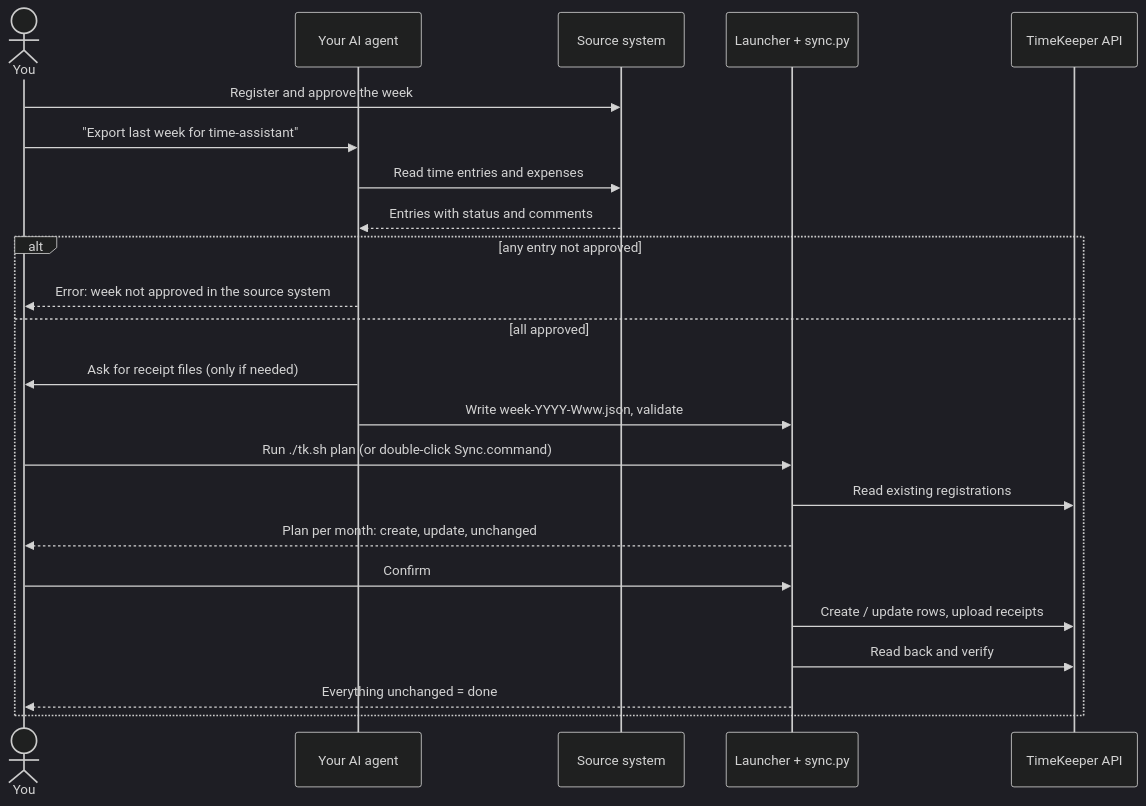
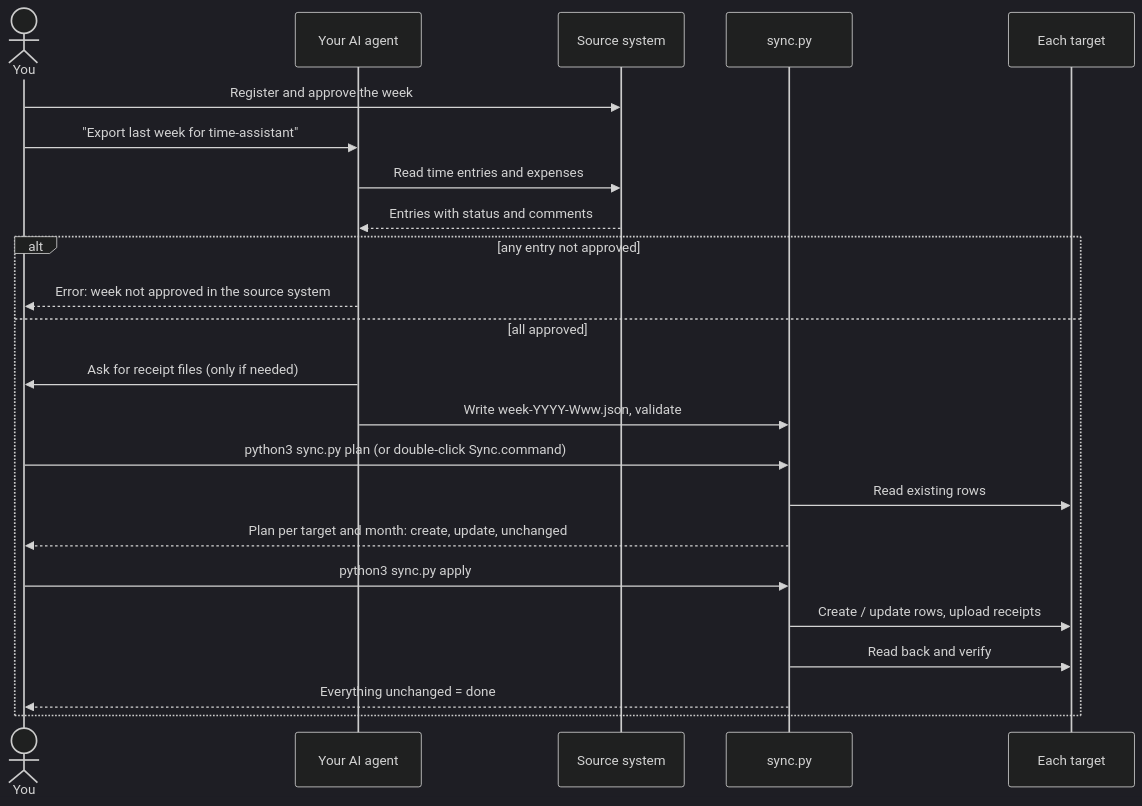
The second of 2 diagrams in README.md (ku11endorff/time-assistant), drawn with Mermaid (dark theme) before and after one commit. The commit also changed other lines of this file and 16 other files, not shown here.

````diff
--- a/README.md
+++ b/README.md
@@ -93,26 +56,26 @@
 ```mermaid
 sequenceDiagram
     actor You
     participant Agent as Your AI agent
     participant Src as Source system
-    participant Local as Launcher + sync.py
-    participant TK as TimeKeeper API
+    participant Local as sync.py
+    participant T as Each target
 
     You->>Src: Register and approve the week
     You->>Agent: "Export last week for time-assistant"
     Agent->>Src: Read time entries and expenses
     Src-->>Agent: Entries with status and comments
     alt any entry not approved
         Agent-->>You: Error: week not approved in the source system
     else all approved
         Agent->>You: Ask for receipt files (only if needed)
         Agent->>Local: Write week-YYYY-Www.json, validate
-        You->>Local: Run ./tk.sh plan (or double-click Sync.command)
-        Local->>TK: Read existing registrations
-        Local-->>You: Plan per month: create, update, unchanged
-        You->>Local: Confirm
-        Local->>TK: Create / update rows, upload receipts
-        Local->>TK: Read back and verify
+        You->>Local: python3 sync.py plan (or double-click Sync.command)
+        Local->>T: Read existing rows
+        Local-->>You: Plan per target and month: create, update, unchanged
+        You->>Local: python3 sync.py apply
+        Local->>T: Create / update rows, upload receipts
+        Local->>T: Read back and verify
         Local-->>You: Everything unchanged = done
     end
 ```
````
